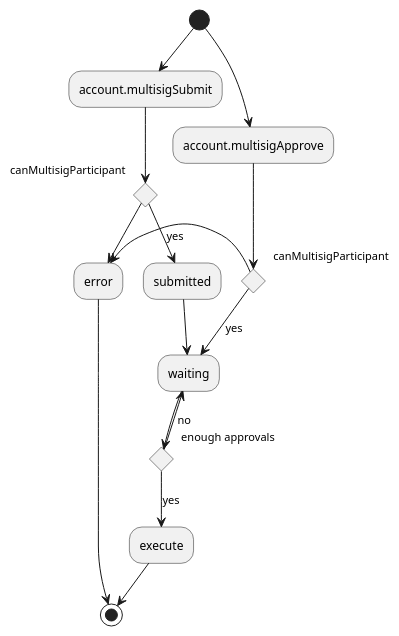
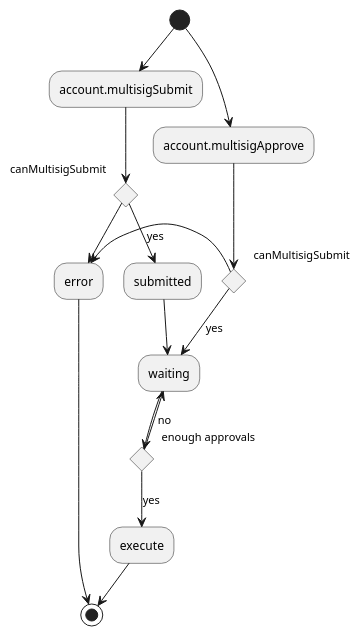
One commit to many-protocol/specification changed the diagram in attributes/network/9_account_features/1_account_multisig.adoc. Above: the diagram before and after it, drawn with PlantUML. The commit also changed other lines of this file and 1 other file, not shown here.

Commit message:
Come back to approve and submit permissions

```diff
--- a/attributes/network/9_account_features/1_account_multisig.adoc
+++ b/attributes/network/9_account_features/1_account_multisig.adoc
@@ -12,33 +12,33 @@
 [plantuml, format=png]
 ....
 @startuml
 
 (*) --> "account.multisigSubmit"
 
-if "canMultisigParticipant" then
+if "canMultisigSubmit" then
     -->[yes] submitted
 else
     --> error
     --> (*)
 endif
 
 (*) --> "account.multisigApprove"
 
-if "canMultisigParticipant" then
+if "canMultisigSubmit" then
     -->[yes] waiting
 else
     -l-> error
 endif
 
 submitted --> waiting
 
 if "enough approvals" then
     -->[yes] execute
 else
     -->[no] waiting
 endif
 
 execute --> (*)
 
 @enduml
 ....
```
